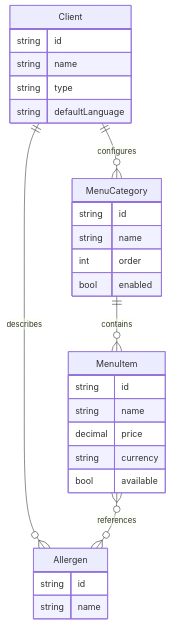
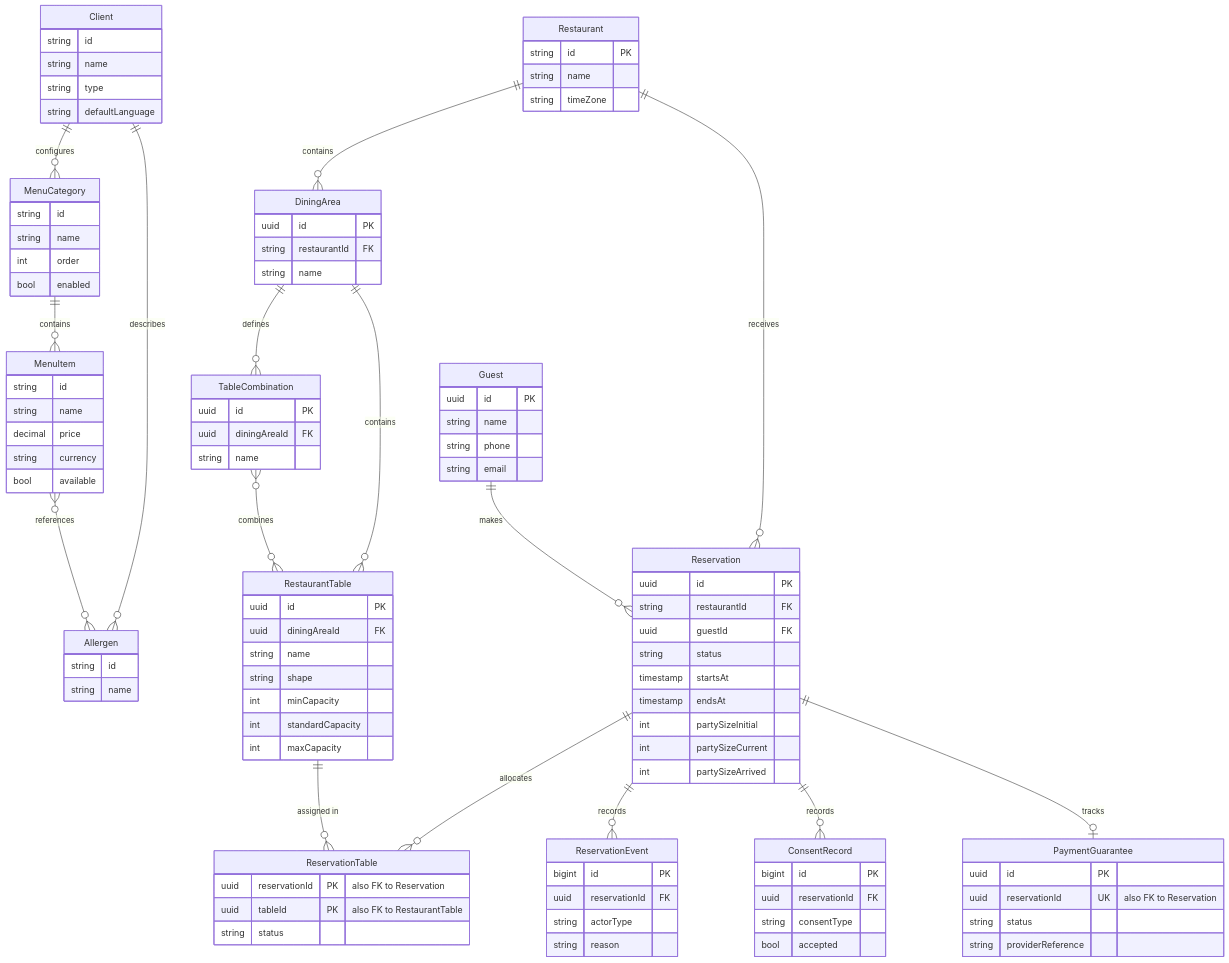
One commit to federicocroletti-tech/menu-smart-qr changed the diagram in .github/modernize/assessment/engines/facts/data-architecture.md. Above: the diagram before and after it, drawn with Mermaid. The commit also changed other lines of this file and 18 other files, not shown here.

```diff
--- a/.github/modernize/assessment/engines/facts/data-architecture.md
+++ b/.github/modernize/assessment/engines/facts/data-architecture.md
@@ -28,6 +30,17 @@
     Client ||--o{ Allergen : "describes"
     MenuCategory ||--o{ MenuItem : "contains"
     MenuItem }o--o{ Allergen : "references"
+    Restaurant ||--o{ DiningArea : "contains"
+    DiningArea ||--o{ RestaurantTable : "contains"
+    DiningArea ||--o{ TableCombination : "defines"
+    TableCombination }o--o{ RestaurantTable : "combines"
+    Restaurant ||--o{ Reservation : "receives"
+    Guest ||--o{ Reservation : "makes"
+    Reservation ||--o{ ReservationTable : "allocates"
+    RestaurantTable ||--o{ ReservationTable : "assigned in"
+    Reservation ||--o{ ReservationEvent : "records"
+    Reservation ||--o{ ConsentRecord : "records"
+    Reservation ||--o| PaymentGuarantee : "tracks"
     Client {
         string id
         string name
@@ -51,4 +64,68 @@
         string id
         string name
     }
+    Restaurant {
+        string id PK
+        string name
+        string timeZone
+    }
+    DiningArea {
+        uuid id PK
+        string restaurantId FK
+        string name
+    }
+    RestaurantTable {
+        uuid id PK
+        uuid diningAreaId FK
+        string name
+        string shape
+        int minCapacity
+        int standardCapacity
+        int maxCapacity
+    }
+    TableCombination {
+        uuid id PK
+        uuid diningAreaId FK
+        string name
+    }
+    Guest {
+        uuid id PK
+        string name
+        string phone
+        string email
+    }
+    Reservation {
+        uuid id PK
+        string restaurantId FK
+        uuid guestId FK
+        string status
+        timestamp startsAt
+        timestamp endsAt
+        int partySizeInitial
+        int partySizeCurrent
+        int partySizeArrived
+    }
+    ReservationTable {
+        uuid reservationId PK "also FK to Reservation"
+        uuid tableId PK "also FK to RestaurantTable"
+        string status
+    }
+    ReservationEvent {
+        bigint id PK
+        uuid reservationId FK
+        string actorType
+        string reason
+    }
+    ConsentRecord {
+        bigint id PK
+        uuid reservationId FK
+        string consentType
+        bool accepted
+    }
+    PaymentGuarantee {
+        uuid id PK
+        uuid reservationId UK "also FK to Reservation"
+        string status
+        string providerReference
+    }
 ~~~
```
